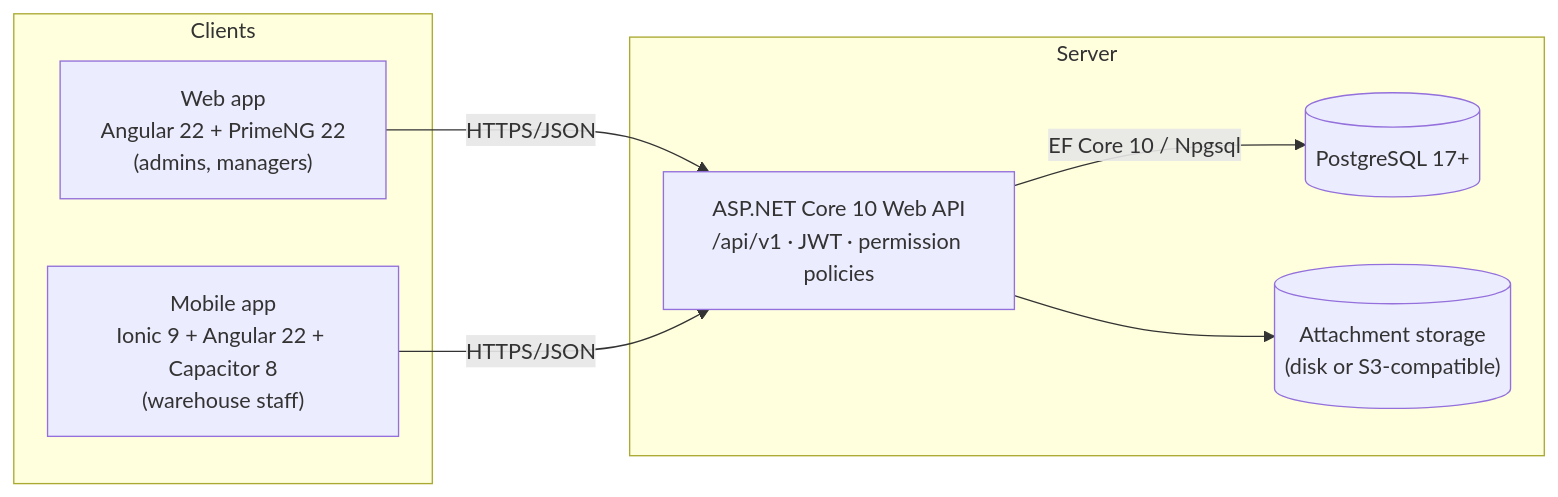
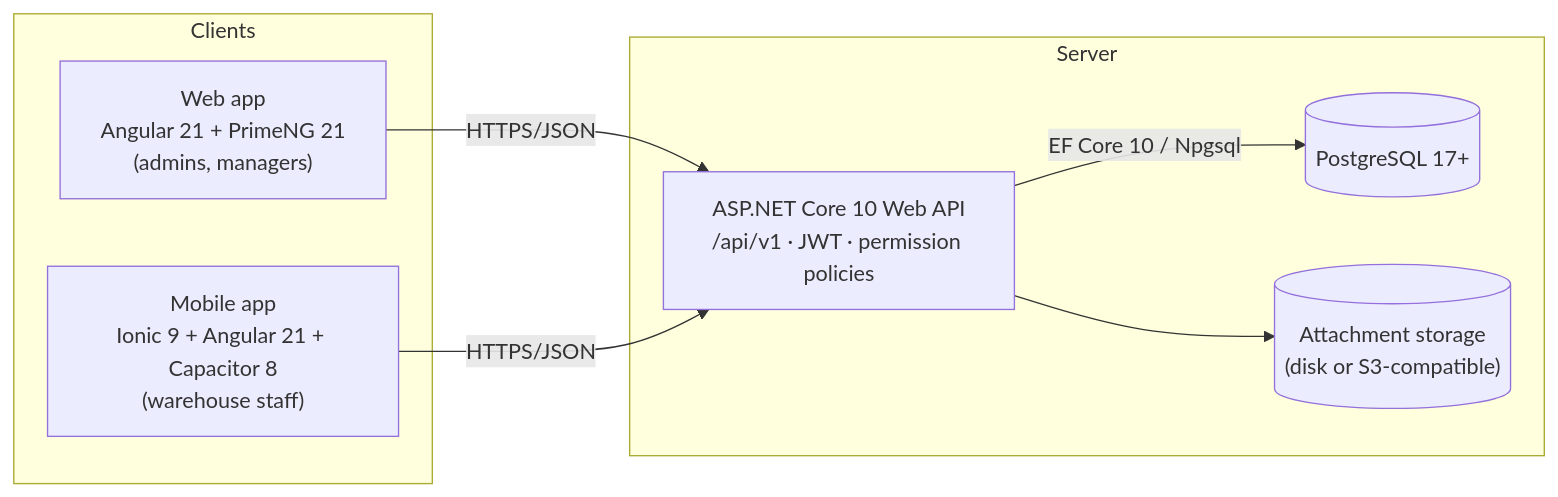
Before and after one commit to roddy-dairion/Warehousing: the diagram in docs/01-architecture.md, drawn with Mermaid. The commit also changed other lines of this file and 86 other files, not shown here.

First line of the commit message:
Phase 2: frontend workspace (shared, web, mobile) with auth and app shells

````diff
--- a/docs/01-architecture.md
+++ b/docs/01-architecture.md
@@ -13,16 +13,16 @@
 ```mermaid
 flowchart LR
   subgraph Clients
-    W["Web app<br/>Angular 22 + PrimeNG 22<br/>(admins, managers)"]
-    M["Mobile app<br/>Ionic 9 + Angular 22 + Capacitor 8<br/>(warehouse staff)"]
+    W["Web app<br/>Angular 21 + PrimeNG 21<br/>(admins, managers)"]
+    M["Mobile app<br/>Ionic 9 + Angular 21 + Capacitor 8<br/>(warehouse staff)"]
   end
   subgraph Server
     API["ASP.NET Core 10 Web API<br/>/api/v1 · JWT · permission policies"]
     DB[("PostgreSQL 17+")]
     FS[("Attachment storage<br/>(disk or S3-compatible)")]
   end
   W -- HTTPS/JSON --> API
   M -- HTTPS/JSON --> API
   API -- EF Core 10 / Npgsql --> DB
   API --> FS
 ```
````
